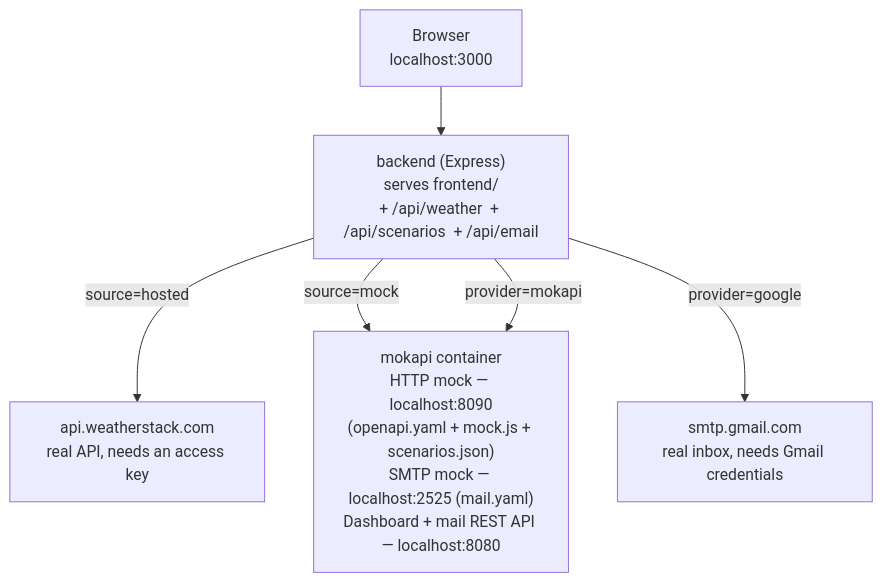
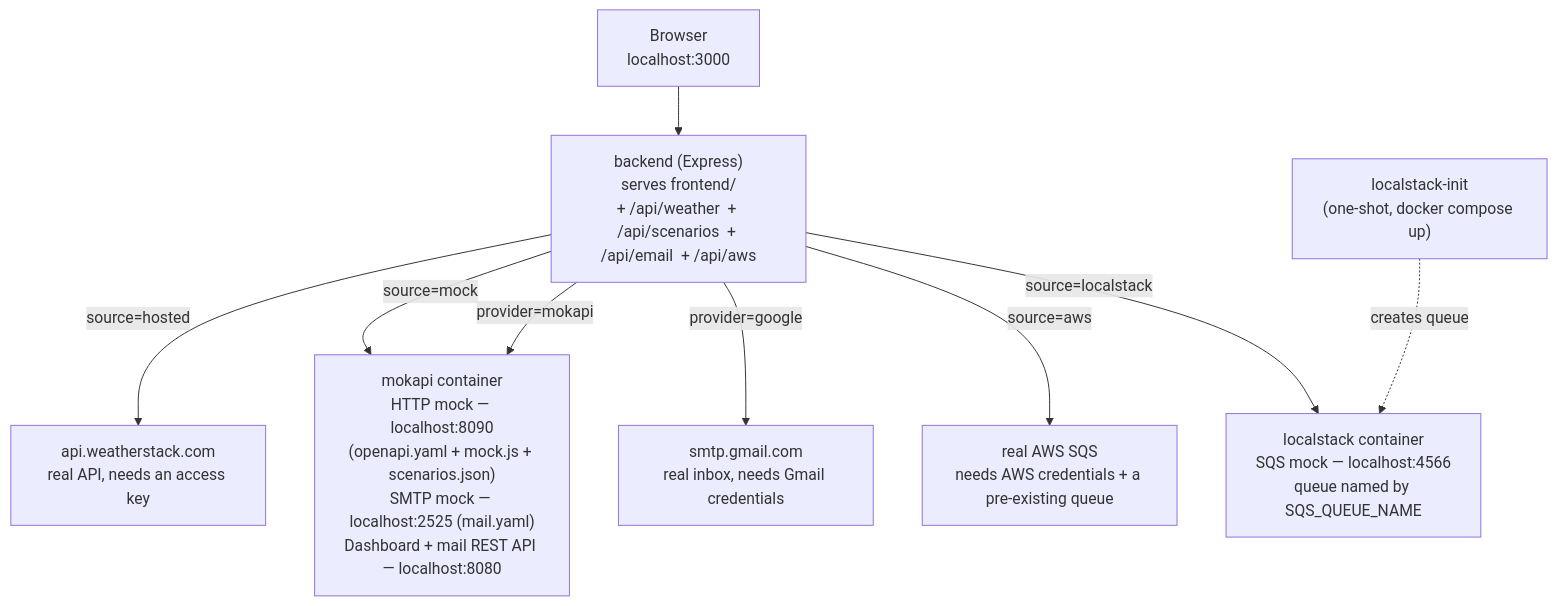
The diagram in README.md (NateDogg12501/MokapiExample), drawn with Mermaid before and after one commit. The commit also changed other lines of this file and 9 other files, not shown here.

First line of the commit message:
Add AWS tab: SQS mocking via localstack, alongside real AWS SQS (#5)

````diff
--- a/README.md
+++ b/README.md
@@ -49,9 +54,12 @@
 ```mermaid
 flowchart TD
-    Browser["Browser<br/>localhost:3000"] --> Backend["backend (Express)<br/>serves frontend/<br/>+ /api/weather &nbsp;+ /api/scenarios &nbsp;+ /api/email"]
+    Browser["Browser<br/>localhost:3000"] --> Backend["backend (Express)<br/>serves frontend/<br/>+ /api/weather &nbsp;+ /api/scenarios &nbsp;+ /api/email &nbsp;+ /api/aws"]
 
     Backend -->|source=hosted| Weatherstack["api.weatherstack.com<br/>real API, needs an access key"]
     Backend -->|source=mock| Mokapi
     Backend -->|provider=google| Gmail["smtp.gmail.com<br/>real inbox, needs Gmail credentials"]
     Backend -->|provider=mokapi| Mokapi["mokapi container<br/>HTTP mock — localhost:8090<br/>(openapi.yaml + mock.js + scenarios.json)<br/>SMTP mock — localhost:2525 (mail.yaml)<br/>Dashboard + mail REST API — localhost:8080"]
+    Backend -->|source=aws| AwsSqs["real AWS SQS<br/>needs AWS credentials + a pre-existing queue"]
+    Backend -->|source=localstack| Localstack["localstack container<br/>SQS mock — localhost:4566<br/>queue named by SQS_QUEUE_NAME"]
+    LocalstackInit["localstack-init<br/>(one-shot, docker compose up)"] -.creates queue.-> Localstack
 ```
````
